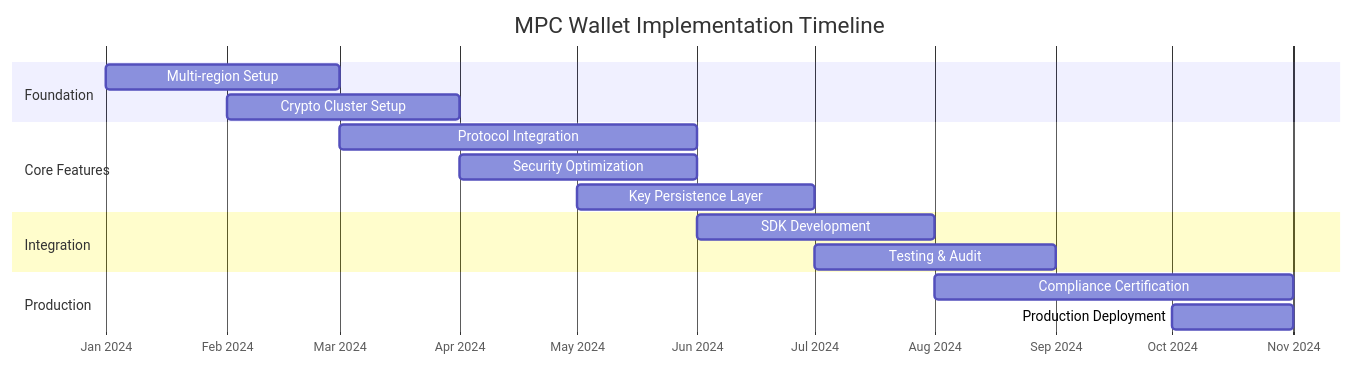
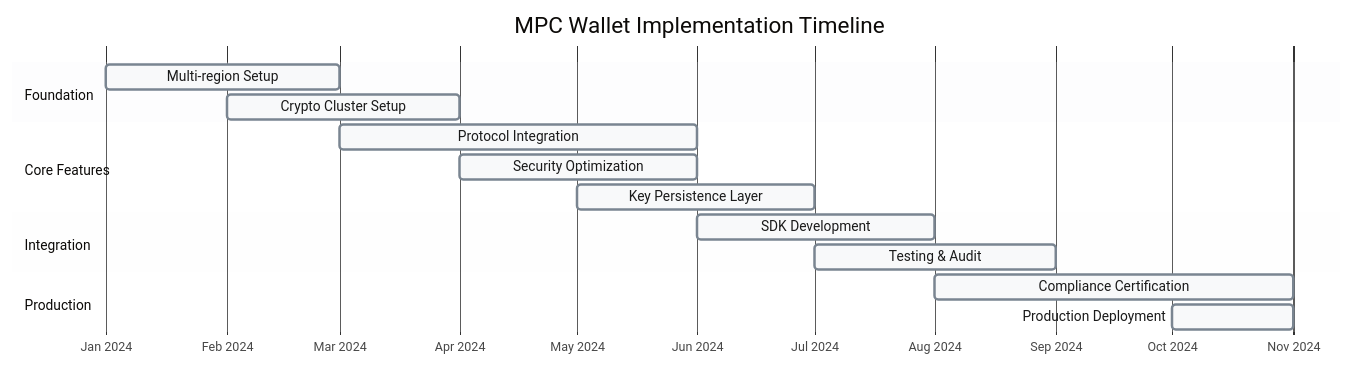
One commit to ljg-cqu/knowledge changed the first of 23 diagrams in Workplace/Interview/Blockchain/Posts/MPCWalletEngineer/Architecture/DeepSeekR1_Revised.md. Above: the diagram before and after it, drawn with Mermaid. The commit also changed other lines of this file and 13 other files, not shown here.

Commit message:
Enhance visual consistency and readability of diagrams in ZencoderAuto+_Revised.md by updating theme variables and styles across all mermaid charts. Adjust colors for improved contrast and clarity, ensuring a cohesive design throughout the document.

````diff
--- a/Workplace/Interview/Blockchain/Posts/MPCWalletEngineer/Architecture/DeepSeekR1_Revised.md
+++ b/Workplace/Interview/Blockchain/Posts/MPCWalletEngineer/Architecture/DeepSeekR1_Revised.md
@@ -46,23 +46,38 @@
 ```mermaid
+%%{init: {
+  "theme": "base",
+  "themeVariables": {
+    "primaryColor": "#f8f9fa",
+    "primaryTextColor": "#1a1a1a",
+    "primaryBorderColor": "#7a8591",
+    "lineColor": "#8897a8",
+    "secondaryColor": "#eff6fb",
+    "tertiaryColor": "#f3f5f7",
+    "background": "#ffffff",
+    "mainBkg": "#f8f9fa",
+    "clusterBkg": "#f3f5f7",
+    "clusterBorder": "#8897a8"
+  }
+}}%%
 gantt
     title MPC Wallet Implementation Timeline
     dateFormat YYYY-MM
     axisFormat %b %Y
     
     section Foundation
     Multi-region Setup        :2024-01, 2M
     Crypto Cluster Setup      :2024-02, 2M
     
     section Core Features
     Protocol Integration      :2024-03, 3M
     Security Optimization     :2024-04, 2M
     Key Persistence Layer     :2024-05, 2M
     
     section Integration
     SDK Development           :2024-06, 2M
     Testing & Audit          :2024-07, 2M
     
     section Production
     Compliance Certification  :2024-08, 3M
     Production Deployment     :2024-10, 1M
 ```
````
